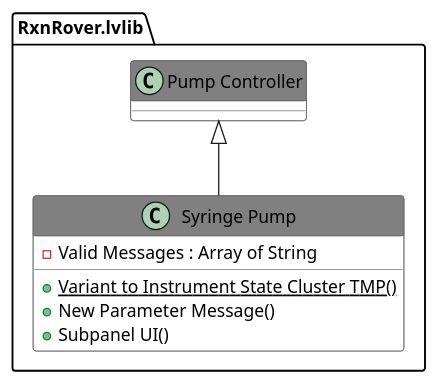
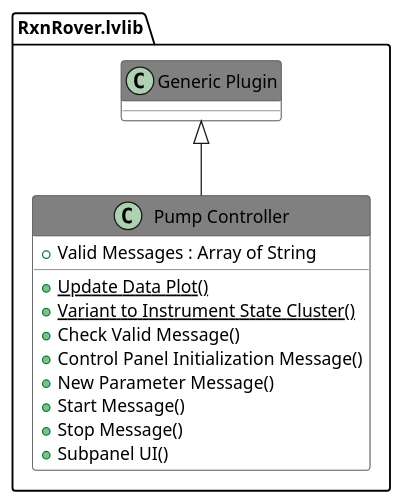
One commit to RxnRover/RxnRover changed the diagram in docs/source/_static/api/Includes/020.adoc. Above: the diagram before and after it, drawn with PlantUML. The commit also changed other lines of this file and 18 other files, not shown here.

```diff
--- a/docs/source/_static/api/Includes/020.adoc
+++ b/docs/source/_static/api/Includes/020.adoc
@@ -10,23 +10,28 @@
 [plantuml, format="svg", align="center"]
 ....
 @startuml
 set namespaceSeparator :
 skinparam ClassBackgroundColor #FFFFFF
 skinparam ClassBorderColor #555555
 skinparam ClassFontColor #000000
 skinparam ClassHeaderBackgroundColor #808080
 
 skinparam top to bottom direction
-class "RxnRover.lvlib:Syringe Pump" {
-{field} -Valid Messages : Array of String
-{static} {method} +Variant to Instrument State Cluster TMP()
+class "RxnRover.lvlib:Pump Controller" {
+{field} +Valid Messages : Array of String
+{static} {method} +Update Data Plot()
+{static} {method} +Variant to Instrument State Cluster()
+{method} +Check Valid Message()
+{method} +Control Panel Initialization Message()
 {method} +New Parameter Message()
+{method} +Start Message()
+{method} +Stop Message()
 {method} +Subpanel UI()
 
 }
-"RxnRover.lvlib:Pump Controller" <|-- "RxnRover.lvlib:Syringe Pump"
+"RxnRover.lvlib:Generic Plugin" <|-- "RxnRover.lvlib:Pump Controller"
 
 
 
 @enduml
 ....
```
